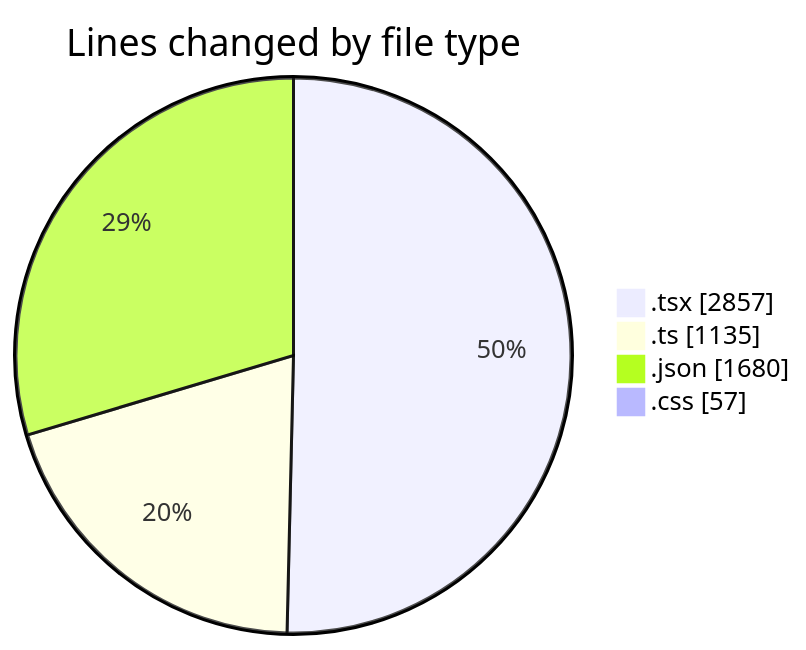
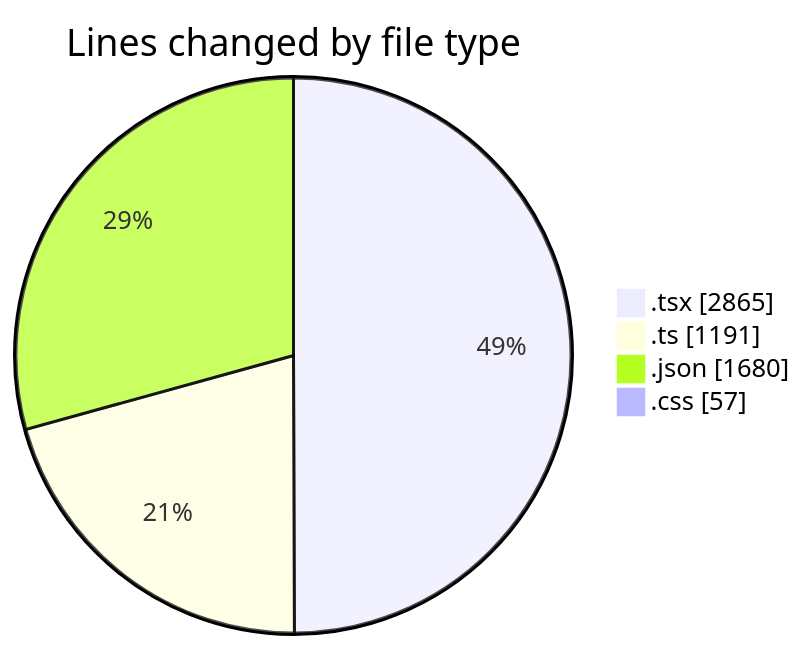
One commit to julien-gomy/code-tracking changed the first of 2 diagrams in 2025-10-09/eventscop-frontend-guide__workspace_/README.md. Above: the diagram before and after it, drawn with Mermaid. The commit also changed other lines of this file and 1 other file, not shown here.

````diff
--- a/2025-10-09/eventscop-frontend-guide__workspace_/README.md
+++ b/2025-10-09/eventscop-frontend-guide__workspace_/README.md
@@ -51,8 +51,8 @@
 ```mermaid
 pie showData
 title Lines changed by file type
-".tsx" : 2857
-".ts" : 1135
+".tsx" : 2865
+".ts" : 1191
 ".json" : 1680
 ".css" : 57
 ```
````
